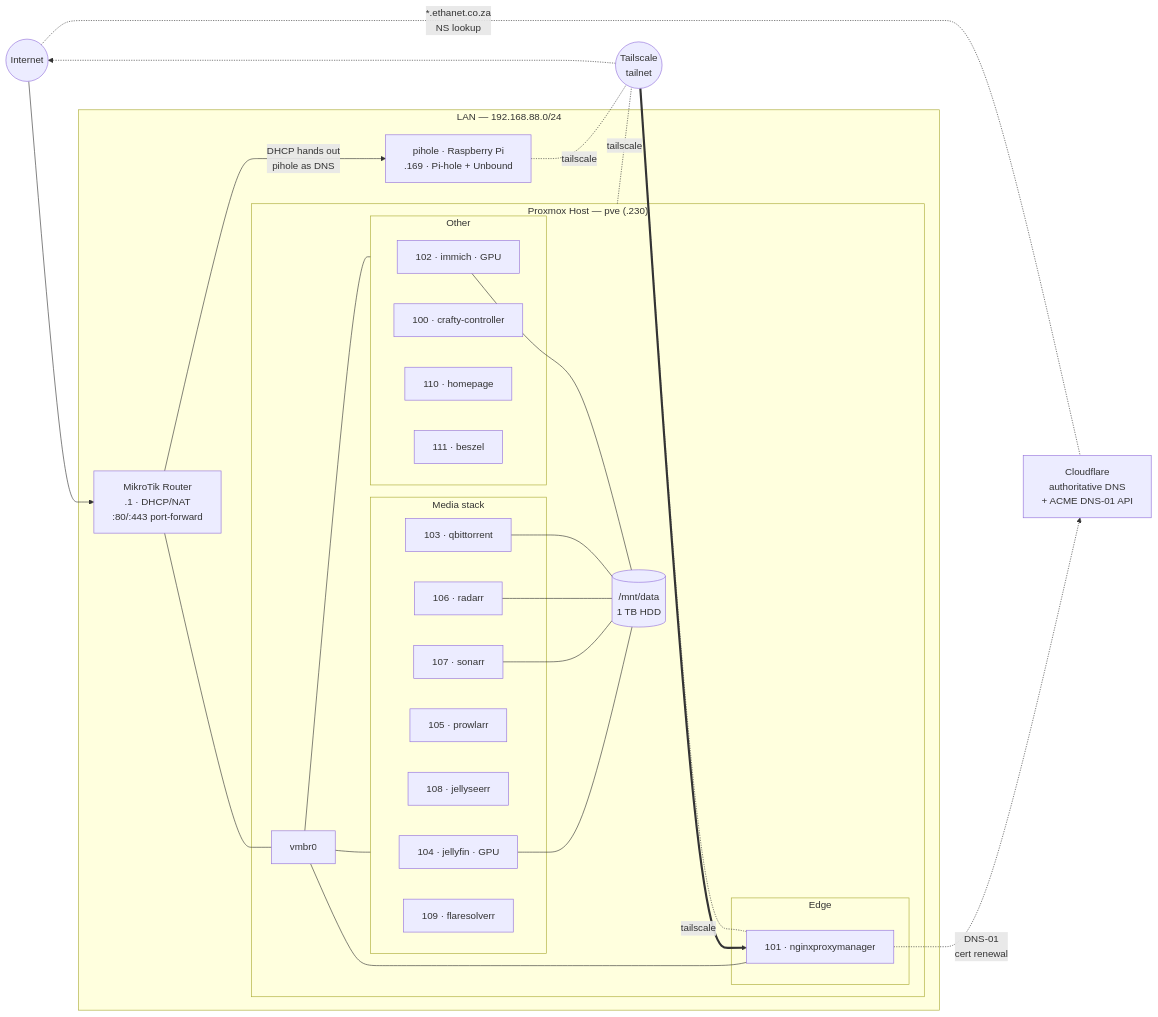
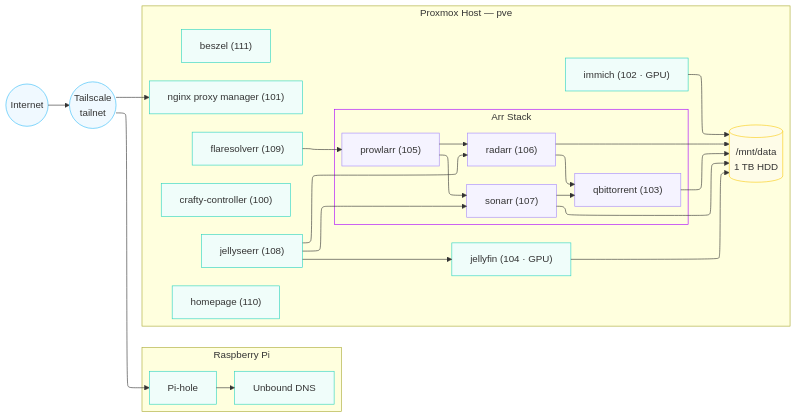
One commit to EthanFavis/Ethanet changed the diagram in README.md. Above: the diagram before and after it, drawn with Mermaid.

Commit message:
Sync README topology diagram with diagrams/network.mmd
The inlined mermaid block had drifted from the source file.

````diff
--- a/README.md
+++ b/README.md
@@ -71,54 +71,64 @@
 ```mermaid
+---
+config:
+  layout: elk
+---
 flowchart LR
-    Internet((Internet))
-    CF[Cloudflare<br/>authoritative DNS<br/>+ ACME DNS-01 API]
+ subgraph Pi["Raspberry Pi"]
+        Pihole["Pi‑hole"]
+        Unbound["Unbound DNS"]
+  end
+ subgraph ARR["Arr Stack"]
+        Prowlarr["prowlarr (105)"]
+        Radarr["radarr (106)"]
+        Sonarr["sonarr (107)"]
+        QB["qbittorrent (103)"]
+  end
+ subgraph PVE["Proxmox Host — pve"]
+        Homepage["homepage (110)"]
+        NPM["nginx proxy manager (101)"]
+        Crafty["crafty‑controller (100)"]
+        Beszel["beszel (111)"]
+        Flare["flaresolverr (109)"]
+        ARR
+        Seerr["jellyseerr (108)"]
+        Jellyfin["jellyfin (104 · GPU)"]
+        Immich["immich (102 · GPU)"]
+        Storage[("/mnt/data<br>1 TB HDD")]
+  end
+    Internet(("Internet")) --> Tailnet(("Tailscale<br>tailnet"))
+    Pihole --> Unbound
+    Prowlarr --> Radarr & Sonarr
+    Radarr --> QB & Storage
+    Sonarr --> QB & Storage
+    Tailnet --> Pihole & NPM
+    Flare --> Prowlarr
+    Seerr --> Radarr & Sonarr & Jellyfin
+    QB --> Storage
+    Jellyfin --> Storage
+    Immich --> Storage
 
-    subgraph LAN["LAN — 192.168.88.0/24"]
-        Router[MikroTik Router<br/>.1 · DHCP/NAT<br/>:80/:443 port-forward]
-        Pihole[pihole · Raspberry Pi<br/>.169 · Pi-hole + Unbound]
-
-        subgraph PVE["Proxmox Host — pve (.230)"]
-            Bridge[vmbr0]
-
-            subgraph Edge["Edge"]
-                NPM[101 · nginxproxymanager]
-            end
-
-            subgraph Media["Media stack"]
-                Jellyfin[104 · jellyfin · GPU]
-                Sonarr[107 · sonarr]
-                Radarr[106 · radarr]
-                Prowlarr[105 · prowlarr]
-                Seerr[108 · jellyseerr]
-                QB[103 · qbittorrent]
-                Flare[109 · flaresolverr]
-            end
-
-            subgraph Other["Other"]
-                Immich[102 · immich · GPU]
-                Crafty[100 · crafty-controller]
-                Homepage[110 · homepage]
-                Beszel[111 · beszel]
-            end
-
-            Storage[(/mnt/data<br/>1 TB HDD)]
-        end
-    end
-
-    Tailnet((Tailscale<br/>tailnet))
-
-    Internet --> Router
-    Router -- "DHCP hands out<br/>pihole as DNS" --> Pihole
-    Router --- Bridge
-    Bridge --- NPM & Media & Other
-    Jellyfin & Sonarr & Radarr & QB & Immich --- Storage
-
-    NPM -. "DNS-01<br/>cert renewal" .-> CF
-    Internet -. "*.ethanet.co.za<br/>NS lookup" .- CF
-
-    Pihole -.tailscale.- Tailnet
-    PVE -.tailscale.- Tailnet
-    NPM -.tailscale.- Tailnet
-    Tailnet ==> NPM
-    Tailnet -.-> Internet
+     Internet:::network
+     Tailnet:::network
+     Pihole:::service
+     Unbound:::service
+     Homepage:::service
+     NPM:::service
+     Crafty:::service
+     Beszel:::service
+     Flare:::service
+     Prowlarr:::media
+     Radarr:::media
+     Sonarr:::media
+     QB:::media
+     Seerr:::service
+     Jellyfin:::service
+     Immich:::service
+     Storage:::storage
+    classDef infra stroke:#818cf8,fill:#eef2ff
+    classDef service stroke:#2dd4bf,fill:#f0fdfa
+    classDef storage stroke:#facc15,fill:#fefce8
+    classDef network stroke:#38bdf8,fill:#f0f9ff
+    classDef media stroke:#a78bfa,fill:#f5f3ff
+    style ARR stroke:#AA00FF
 ```
````
